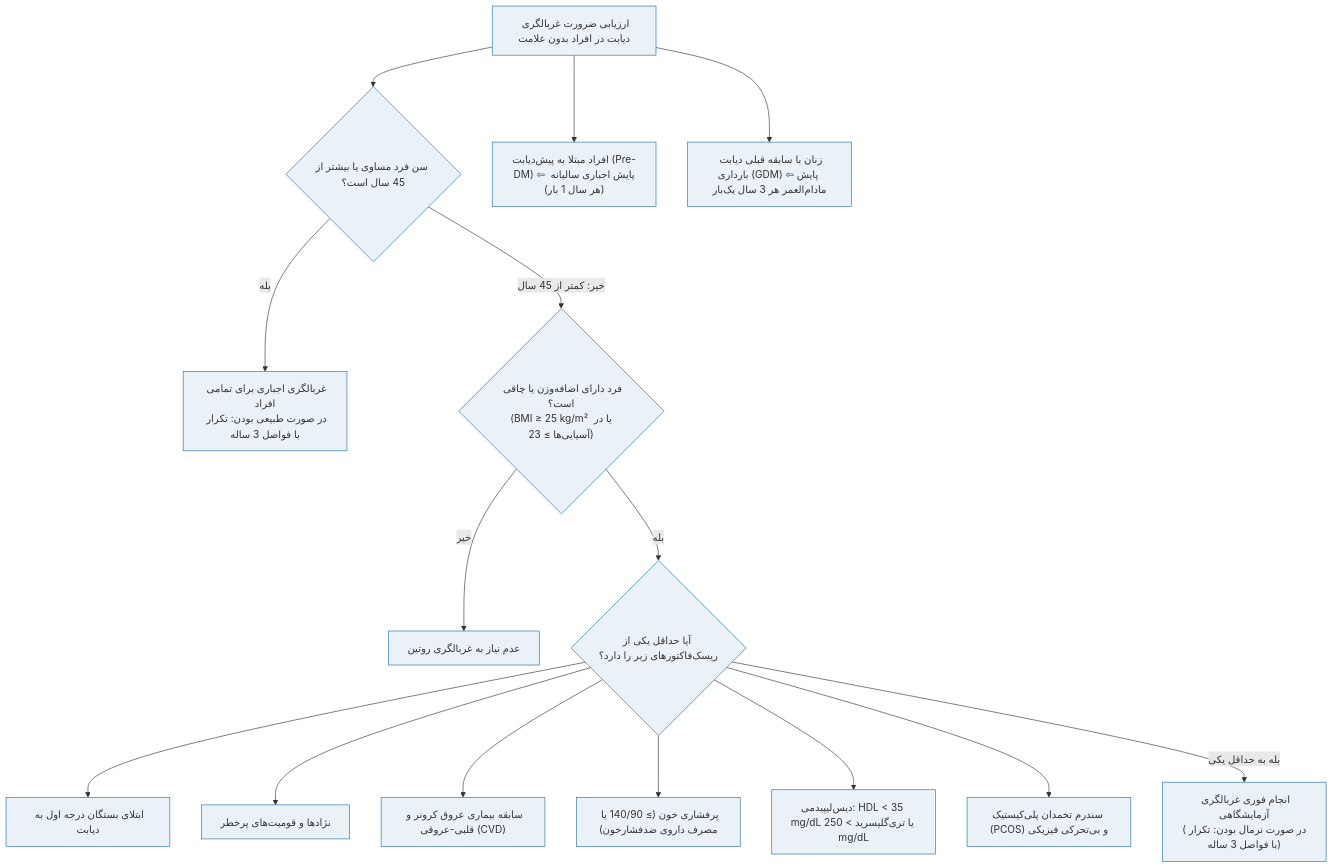
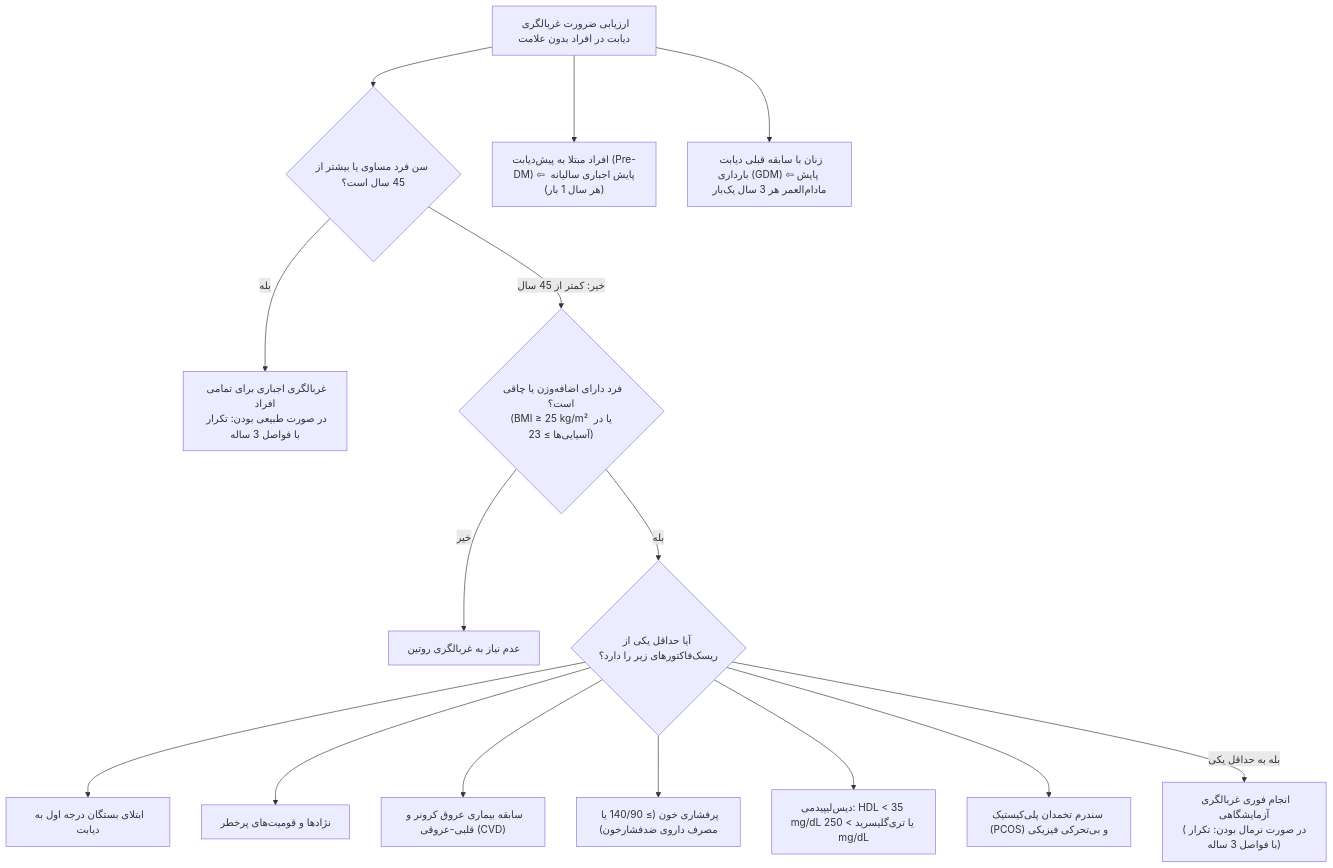
One commit to neopulse-hub/TUMS-1396-1-material-notes changed the seventh of 15 diagrams in 7/مبانی غدد/دیابت.md. Above: the diagram before and after it, drawn with Mermaid. The commit also changed other lines of this file, not shown here.

````diff
--- a/7/مبانی غدد/دیابت.md
+++ b/7/مبانی غدد/دیابت.md
@@ -321,26 +311,24 @@
 ```mermaid
 flowchart TD
     StartScreen["ارزیابی ضرورت غربالگری دیابت در افراد بدون علامت"] --> AgeCheck{"سن فرد مساوی یا بیشتر از 45 سال است؟"}
     
     AgeCheck -->|بله| ScreenAll["غربالگری اجباری برای تمامی افراد<br>در صورت طبیعی بودن: تکرار با فواصل 3 ساله"]
     
     AgeCheck -->|خیر: کمتر از 45 سال| BMICheck{"فرد دارای اضافه‌وزن یا چاقی است؟<br>(BMI ≥ 25 kg/m² یا در آسیایی‌ها ≥ 23)"}
     
     BMICheck -->|خیر| NoScreen["عدم نیاز به غربالگری روتین"]
     BMICheck -->|بله| RiskCheck{"آیا حداقل یکی از ریسک‌فاکتورهای زیر را دارد؟"}
     
     RiskCheck --> R1["ابتلای بستگان درجه اول به دیابت"]
     RiskCheck --> R2["نژادها و قومیت‌های پرخطر"]
     RiskCheck --> R3["سابقه بیماری عروق کرونر و قلبی-عروقی (CVD)"]
     RiskCheck --> R4["پرفشاری خون (≥ 140/90 یا مصرف داروی ضدفشارخون)"]
     RiskCheck --> R5["دیس‌لیپیدمی: HDL < 35 mg/dL یا تری‌گلیسرید > 250 mg/dL"]
     RiskCheck --> R6["سندرم تخمدان پلی‌کیستیک (PCOS) و بی‌تحرکی فیزیکی"]
     
     RiskCheck -->|بله به حداقل یکی| ScreenNow["انجام فوری غربالگری آزمایشگاهی<br>(در صورت نرمال بودن: تکرار با فواصل 3 ساله)"]
     
     StartScreen --> PreDMGrp["افراد مبتلا به پیش‌دیابت (Pre-DM) ⇦ پایش اجباری سالیانه (هر سال 1 بار)"]
     StartScreen --> GDMGrp["زنان با سابقه قبلی دیابت بارداری (GDM) ⇦ پایش مادام‌العمر هر 3 سال یک‌بار"]
 
-    classDef scr fill:#eaf2f8,stroke:#2471a3,stroke-width:1px;
-    class StartScreen,AgeCheck,ScreenAll,BMICheck,NoScreen,RiskCheck,R1,R2,R3,R4,R5,R6,ScreenNow,PreDMGrp,GDMGrp scr;
 ```
````
